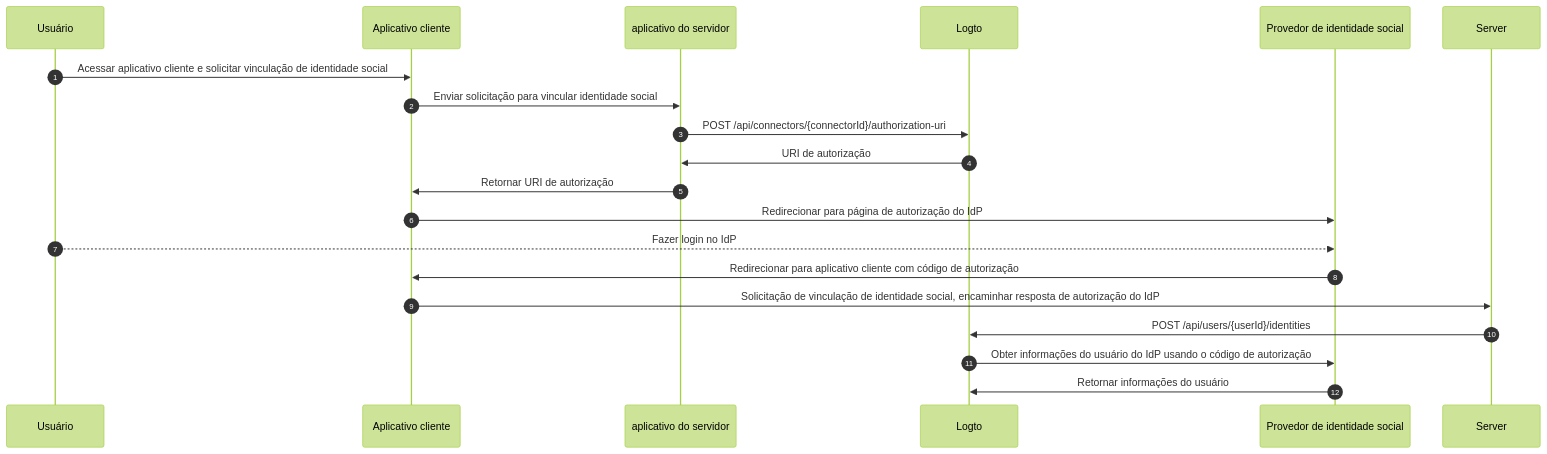
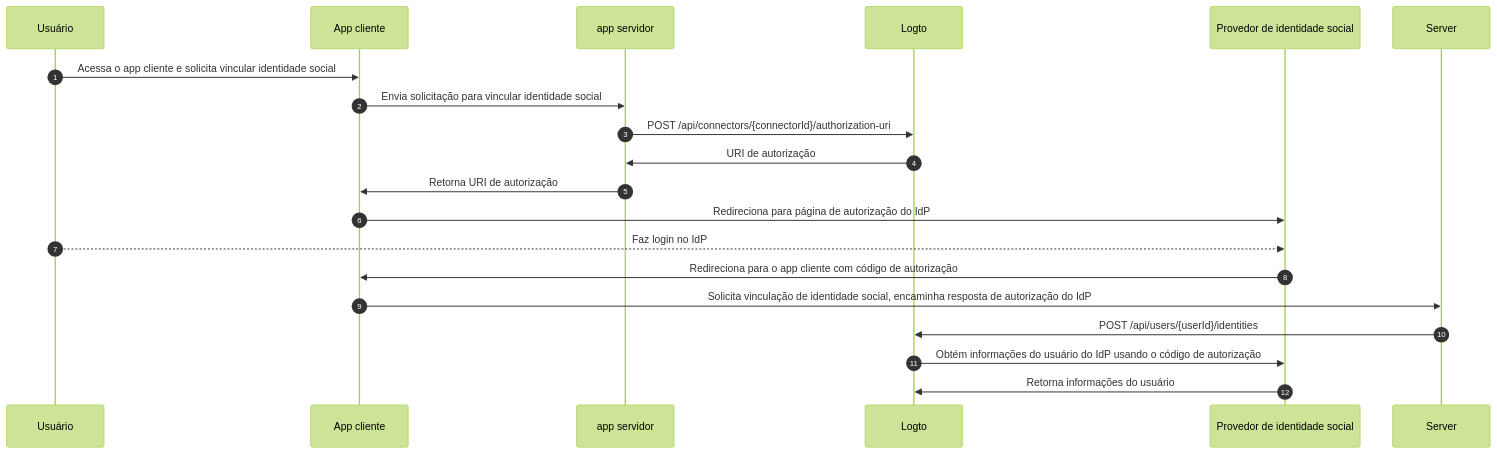
Before and after one commit to logto-io/docs: the third of 3 diagrams in i18n/pt-BR/docusaurus-plugin-content-docs/current/end-user-flows/account-settings/by-management-api.mdx, drawn with Mermaid (forest theme). The commit also changed other lines of this file and 80 other files, not shown here.

````diff
--- a/i18n/pt-BR/docusaurus-plugin-content-docs/current/end-user-flows/account-settings/by-management-api.mdx
+++ b/i18n/pt-BR/docusaurus-plugin-content-docs/current/end-user-flows/account-settings/by-management-api.mdx
@@ -120,22 +120,22 @@
 ```mermaid
 sequenceDiagram
     autoNumber
     participant User as Usuário
-    participant Client as Aplicativo cliente
-    participant App as aplicativo do servidor
+    participant Client as App cliente
+    participant App as app servidor
     participant Logto as Logto
     participant IdP as Provedor de identidade social
 
-    User ->> Client: Acessar aplicativo cliente e solicitar vinculação de identidade social
-    Client ->> App: Enviar solicitação para vincular identidade social
+    User ->> Client: Acessa o app cliente e solicita vincular identidade social
+    Client ->> App: Envia solicitação para vincular identidade social
     App ->> Logto: POST /api/connectors/{connectorId}/authorization-uri
     Logto ->> App: URI de autorização
-    App ->> Client: Retornar URI de autorização
-    Client ->> IdP: Redirecionar para página de autorização do IdP
-    User -->> IdP: Fazer login no IdP
-    IdP ->> Client: Redirecionar para aplicativo cliente com código de autorização
-    Client ->> Server: Solicitação de vinculação de identidade social, encaminhar resposta de autorização do IdP
+    App ->> Client: Retorna URI de autorização
+    Client ->> IdP: Redireciona para página de autorização do IdP
+    User -->> IdP: Faz login no IdP
+    IdP ->> Client: Redireciona para o app cliente com código de autorização
+    Client ->> Server: Solicita vinculação de identidade social, encaminha resposta de autorização do IdP
     Server ->> Logto: POST /api/users/{userId}/identities
-    Logto ->> IdP: Obter informações do usuário do IdP usando o código de autorização
-    IdP ->> Logto: Retornar informações do usuário
+    Logto ->> IdP: Obtém informações do usuário do IdP usando o código de autorização
+    IdP ->> Logto: Retorna informações do usuário
 ```
````
